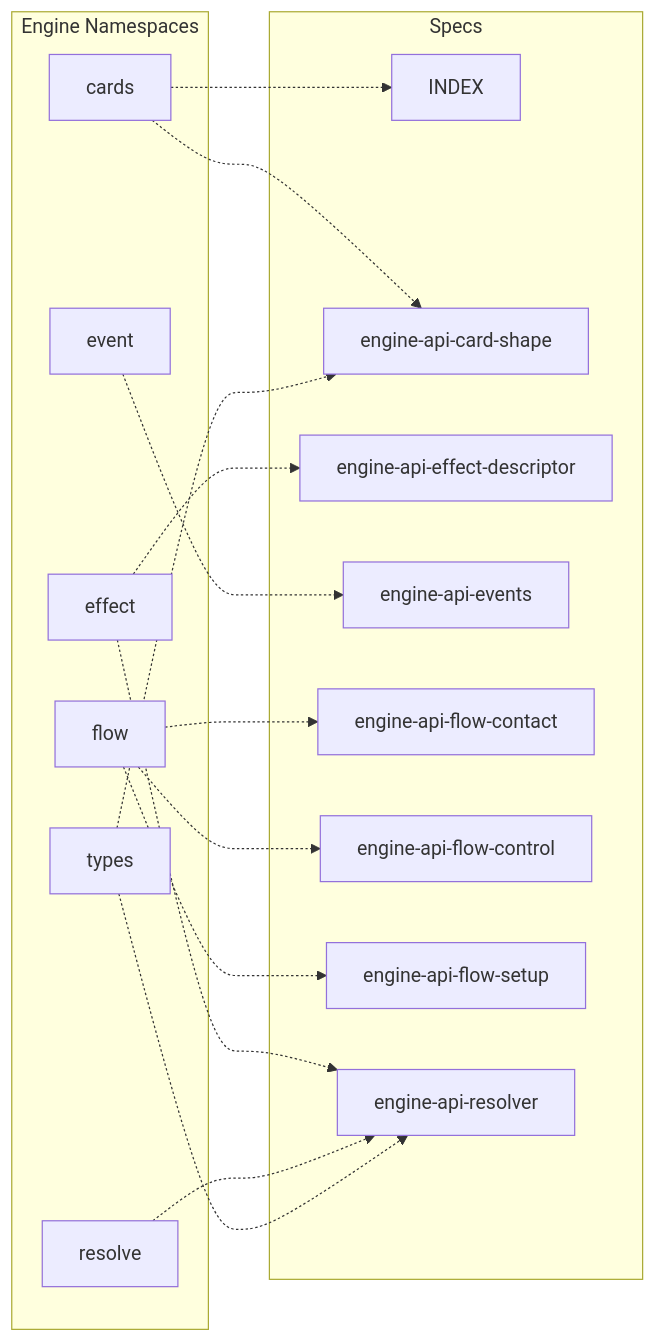
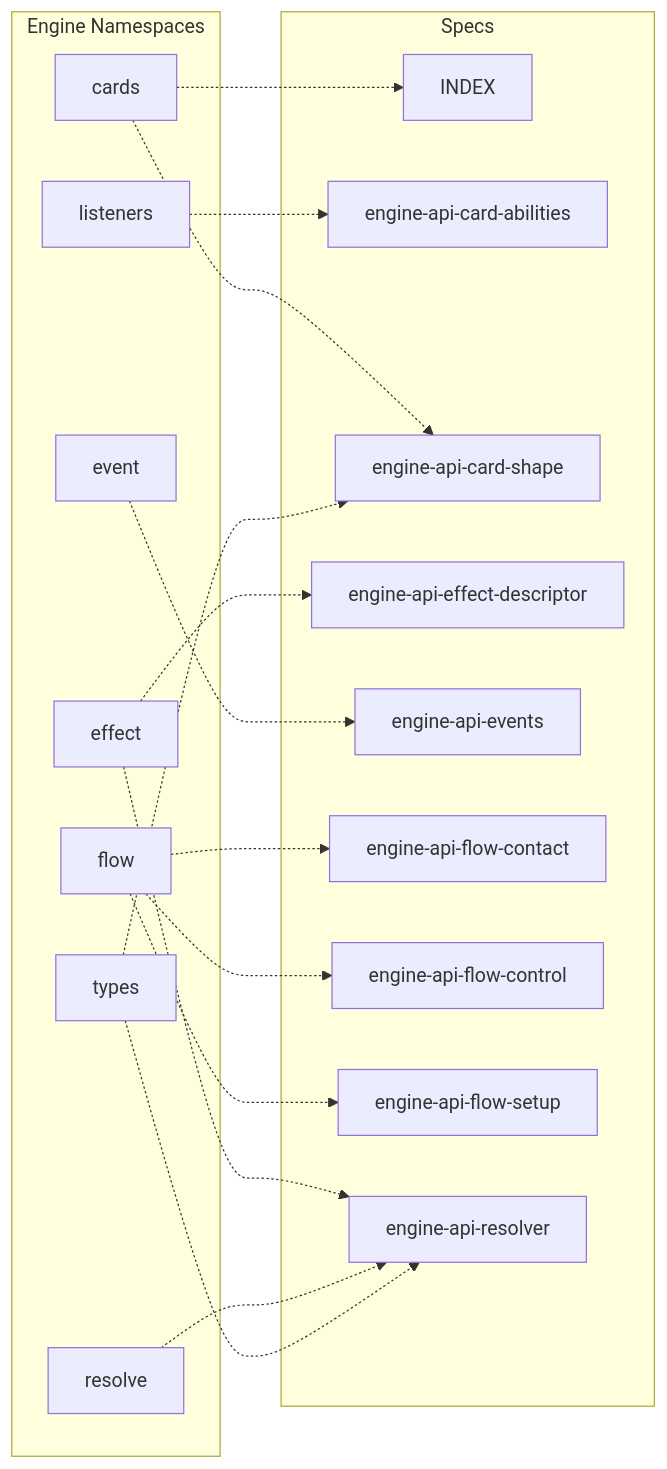
The diagram in .claude/auto/mapping/graph-specs.md (orihekat78/TCGApp), drawn with Mermaid before and after one commit. The commit also changed other lines of this file and 73 other files, not shown here.

````diff
--- a/.claude/auto/mapping/graph-specs.md
+++ b/.claude/auto/mapping/graph-specs.md
@@ -9,32 +9,35 @@
 ```mermaid
 flowchart LR
   subgraph engine["Engine Namespaces"]
     NS_cards["cards"]
     NS_effect["effect"]
     NS_event["event"]
     NS_flow["flow"]
+    NS_listeners["listeners"]
     NS_resolve["resolve"]
     NS_types["types"]
   end
   subgraph specs["Specs"]
     S_cards_data_INDEX_md["INDEX"]
+    S_engine_api_card_abilities_md["engine-api-card-abilities"]
     S_engine_api_card_shape_md["engine-api-card-shape"]
     S_engine_api_effect_descriptor_md["engine-api-effect-descriptor"]
     S_engine_api_events_md["engine-api-events"]
     S_engine_api_flow_contact_md["engine-api-flow-contact"]
     S_engine_api_flow_control_md["engine-api-flow-control"]
     S_engine_api_flow_setup_md["engine-api-flow-setup"]
     S_engine_api_resolver_md["engine-api-resolver"]
   end
   NS_cards -.-> S_cards_data_INDEX_md
   NS_cards -.-> S_engine_api_card_shape_md
   NS_effect -.-> S_engine_api_effect_descriptor_md
   NS_effect -.-> S_engine_api_resolver_md
   NS_event -.-> S_engine_api_events_md
   NS_flow -.-> S_engine_api_flow_contact_md
   NS_flow -.-> S_engine_api_flow_control_md
   NS_flow -.-> S_engine_api_flow_setup_md
+  NS_listeners -.-> S_engine_api_card_abilities_md
   NS_resolve -.-> S_engine_api_resolver_md
   NS_types -.-> S_engine_api_card_shape_md
   NS_types -.-> S_engine_api_resolver_md
 ```
````
